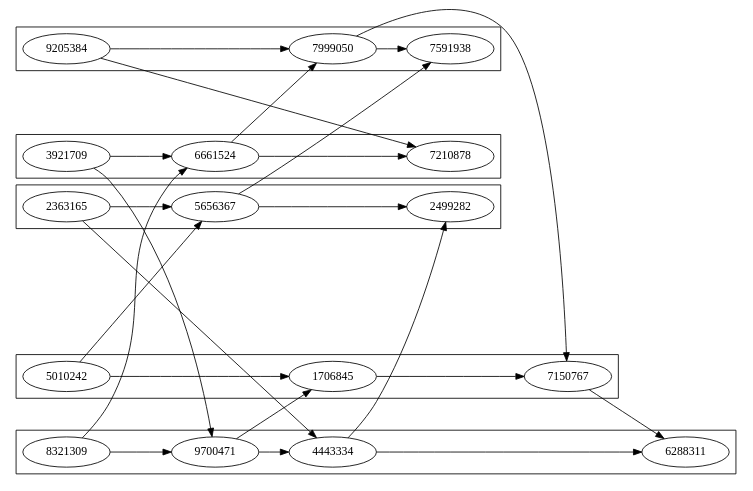
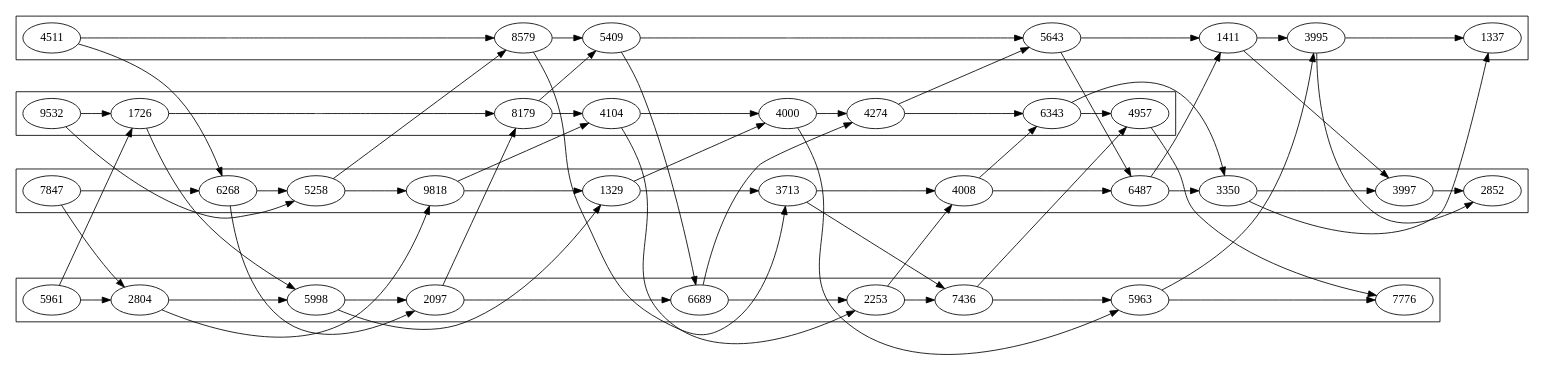
The diagram in Trust/AS2/op_vanilla.dot (Mukesh-V/Acads), drawn with Graphviz before and after one commit. The commit also changed 9 other files, not shown here.

```diff
--- a/Trust/AS2/op_vanilla.dot
+++ b/Trust/AS2/op_vanilla.dot
@@ -1,25 +1,21 @@
 digraph G { 
 	rankdir=LR 
 	newrank=true 
  	subgraph cluster0{ 
- 		9205384 -> 7999050 [minlen=2] 7999050 -> 7591938 [minlen=1] 
+ 		4511 -> 8579 [minlen=6] 8579 -> 5409 [minlen=1] 5409 -> 5643 [minlen=5] 5643 -> 1411 [minlen=1] 1411 -> 3995 [minlen=1] 3995 -> 1337 [minlen=2] 
 	}
 	subgraph cluster1{ 
- 		8321309 -> 9700471 [minlen=2] 9700471 -> 4443334 [minlen=1] 4443334 -> 6288311 [minlen=1] 
+ 		7847 -> 6268 [minlen=2] 6268 -> 5258 [minlen=1] 5258 -> 9818 [minlen=2] 9818 -> 1329 [minlen=2] 1329 -> 3713 [minlen=1] 3713 -> 4008 [minlen=2] 4008 -> 6487 [minlen=1] 6487 -> 3350 [minlen=1] 3350 -> 3997 [minlen=2] 3997 -> 2852 [minlen=1] 
 	}
 	subgraph cluster2{ 
- 		5010242 -> 1706845 [minlen=2] 1706845 -> 7150767 [minlen=2] 
+ 		9532 -> 1726 [minlen=1] 1726 -> 8179 [minlen=5] 8179 -> 4104 [minlen=1] 4104 -> 4000 [minlen=2] 4000 -> 4274 [minlen=1] 4274 -> 6343 [minlen=2] 6343 -> 4957 [minlen=1] 
 	}
 	subgraph cluster3{ 
- 		2363165 -> 5656367 [minlen=2] 5656367 -> 2499282 [minlen=1] 
+ 		5961 -> 2804 [minlen=1] 2804 -> 5998 [minlen=2] 5998 -> 2097 [minlen=2] 2097 -> 6689 [minlen=2] 6689 -> 2253 [minlen=2] 2253 -> 7436 [minlen=1] 7436 -> 5963 [minlen=2] 5963 -> 7776 [minlen=3] 
 	}
-	subgraph cluster4{ 
- 		3921709 -> 6661524 [minlen=2] 6661524 -> 7210878 [minlen=2] 
-	}
-	{rank=same; 9205384;8321309;5010242;2363165;3921709}
-	6661524 -> 7999050 5656367 -> 7591938 
-	3921709 -> 9700471 2363165 -> 4443334 7150767 -> 6288311 
-	9700471 -> 1706845 7999050 -> 7150767 
-	5010242 -> 5656367 4443334 -> 2499282 
-	8321309 -> 6661524 9205384 -> 7210878 
+	{rank=same; 4511;7847;9532;5961}
+	5258 -> 8579 8179 -> 5409 4274 -> 5643 6487 -> 1411 5963 -> 3995 3350 -> 1337 
+	4511 -> 6268 9532 -> 5258 2804 -> 9818 5998 -> 1329 8579 -> 3713 2253 -> 4008 5643 -> 6487 6343 -> 3350 1411 -> 3997 3995 -> 2852 
+	5961 -> 1726 2097 -> 8179 9818 -> 4104 1329 -> 4000 6689 -> 4274 4008 -> 6343 7436 -> 4957 
+	7847 -> 2804 1726 -> 5998 6268 -> 2097 5409 -> 6689 4104 -> 2253 3713 -> 7436 4000 -> 5963 4957 -> 7776 
 }
```
